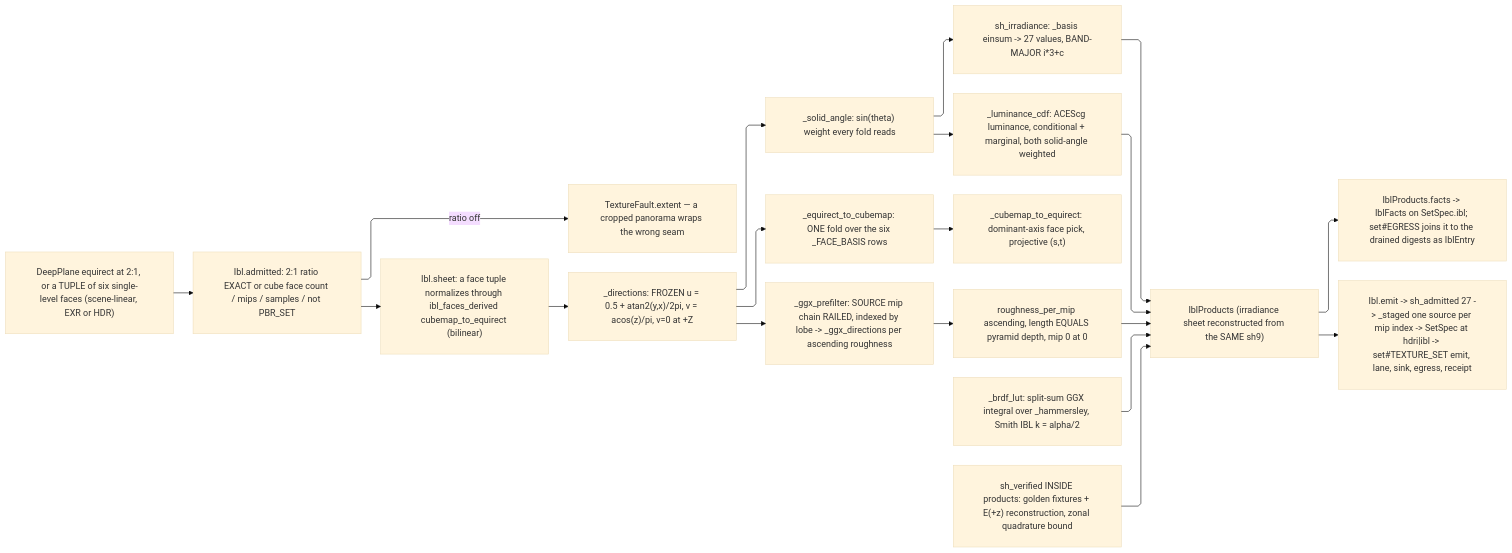
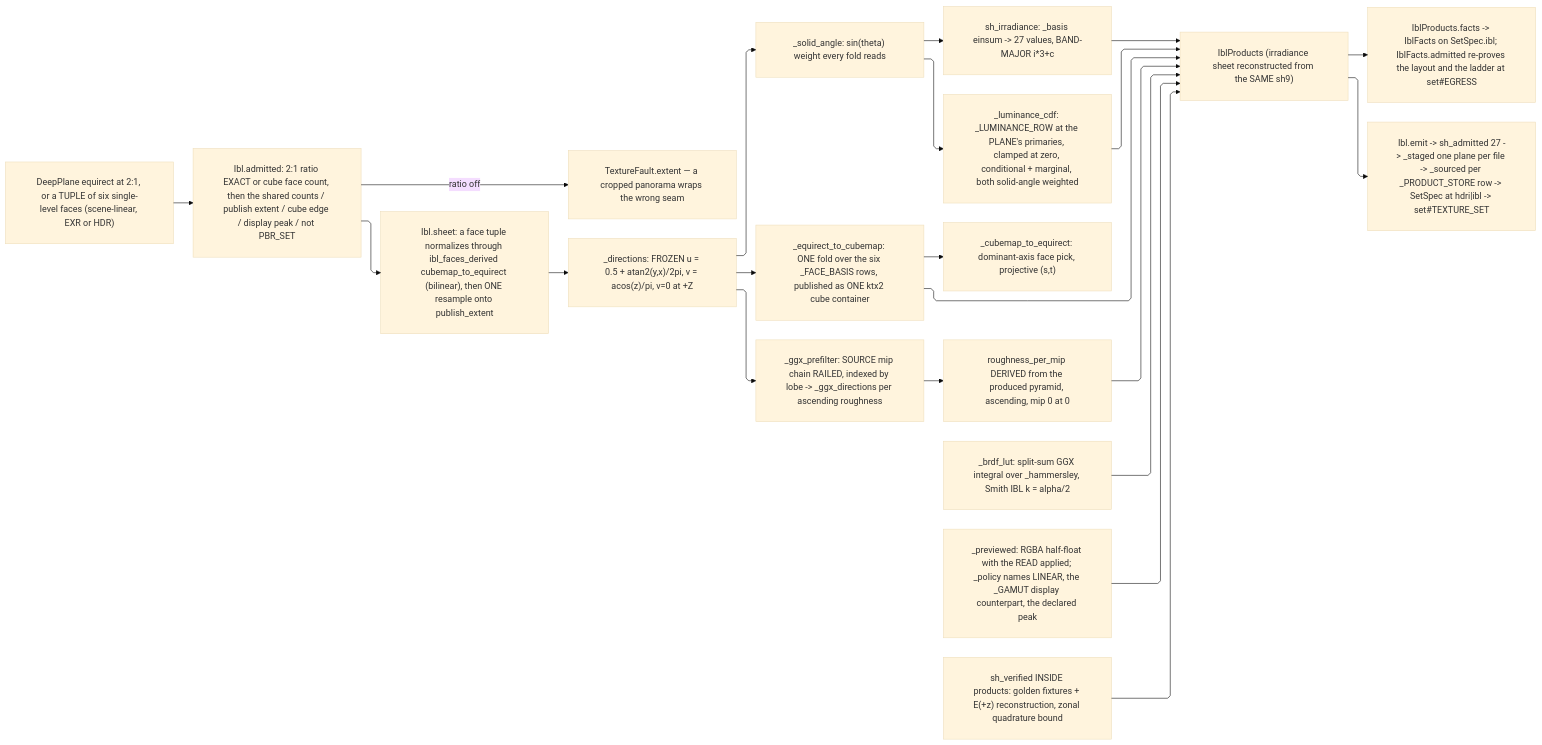
One commit to bsamiee/Rasm changed the diagram in libs/python/artifacts/.planning/graphic/texture/ibl.md. Above: the diagram before and after it, drawn with Mermaid (base theme). The commit also changed other lines of this file and 693 other files, not shown here.

````diff
--- a/libs/python/artifacts/.planning/graphic/texture/ibl.md
+++ b/libs/python/artifacts/.planning/graphic/texture/ibl.md
@@ -706,30 +920,32 @@
 ```mermaid
 ---
 config:
   layout: elk
   flowchart:
     curve: linear
     padding: 25
 ---
 flowchart LR
     accTitle: Image-based lighting flow
-    accDescr: A scene-linear equirect plane admitted at exact 2:1 ratio, mapped to directions under the frozen equirect law with solid-angle weights, folded into the SH9 irradiance bands, prefiltered into the GGX roughness pyramid beside the BRDF LUT and luminance CDF, and assembled into IblProducts.
-    Src["DeepPlane equirect at 2:1, or a TUPLE of six single-level faces (scene-linear, EXR or HDR)"] --> Adm["Ibl.admitted: 2:1 ratio EXACT or cube face count / mips / samples / not PBR_SET"]
-    Adm --> Sheet["Ibl.sheet: a face tuple normalizes through ibl_faces_derived cubemap_to_equirect (bilinear)"]
+    accDescr: A scene-linear equirect plane admitted at exact 2:1 ratio and resampled onto the declared publish grid, mapped to directions under the frozen equirect law with solid-angle weights, folded into the SH9 irradiance bands, prefiltered into the GGX roughness pyramid beside the BRDF LUT and the primaries-keyed luminance CDF, projected into the cube container and the gain-map preview, and assembled into IblProducts.
+    Src["DeepPlane equirect at 2:1, or a TUPLE of six single-level faces (scene-linear, EXR or HDR)"] --> Adm["Ibl.admitted: 2:1 ratio EXACT or cube face count, then the shared counts / publish extent / cube edge / display peak / not PBR_SET"]
+    Adm --> Sheet["Ibl.sheet: a face tuple normalizes through ibl_faces_derived cubemap_to_equirect (bilinear), then ONE resample onto publish_extent"]
     Adm -->|"ratio off"| F["TextureFault.extent — a cropped panorama wraps the wrong seam"]
     Sheet --> Dirs["_directions: FROZEN u = 0.5 + atan2(y,x)/2pi, v = acos(z)/pi, v=0 at +Z"]
     Dirs --> SA["_solid_angle: sin(theta) weight every fold reads"]
     SA --> SH["sh_irradiance: _basis einsum -> 27 values, BAND-MAJOR i*3+c"]
-    SA --> CDF["_luminance_cdf: ACEScg luminance, conditional + marginal, both solid-angle weighted"]
-    Dirs --> Cube["_equirect_to_cubemap: ONE fold over the six _FACE_BASIS rows"]
+    SA --> CDF["_luminance_cdf: _LUMINANCE_ROW at the PLANE's primaries, clamped at zero, conditional + marginal, both solid-angle weighted"]
+    Dirs --> Cube["_equirect_to_cubemap: ONE fold over the six _FACE_BASIS rows, published as ONE ktx2 cube container"]
     Cube --> Inv["_cubemap_to_equirect: dominant-axis face pick, projective (s,t)"]
     Dirs --> Pre["_ggx_prefilter: SOURCE mip chain RAILED, indexed by lobe -> _ggx_directions per ascending roughness"]
-    Pre --> Lad["roughness_per_mip ascending, length EQUALS pyramid depth, mip 0 at 0"]
+    Pre --> Lad["roughness_per_mip DERIVED from the produced pyramid, ascending, mip 0 at 0"]
     BRDF["_brdf_lut: split-sum GGX integral over _hammersley, Smith IBL k = alpha/2"] --> Prod
     SH --> Prod["IblProducts (irradiance sheet reconstructed from the SAME sh9)"]
     CDF --> Prod
     Lad --> Prod
+    Cube --> Prod
+    Pv["_previewed: RGBA half-float with the READ applied; _policy names LINEAR, the _GAMUT display counterpart, the declared peak"] --> Prod
     Gold["sh_verified INSIDE products: golden fixtures + E(+z) reconstruction, zonal quadrature bound"] --> Prod
-    Prod --> Entry["IblProducts.facts -> IblFacts on SetSpec.ibl; set#EGRESS joins it to the drained digests as IblEntry"]
-    Prod --> Emit["Ibl.emit -> sh_admitted 27 -> _staged one source per mip index -> SetSpec at hdri|ibl -> set#TEXTURE_SET emit, lane, sink, egress, receipt"]
+    Prod --> Entry["IblProducts.facts -> IblFacts on SetSpec.ibl; IblFacts.admitted re-proves the layout and the ladder at set#EGRESS"]
+    Prod --> Emit["Ibl.emit -> sh_admitted 27 -> _staged one plane per file -> _sourced per _PRODUCT_STORE row -> SetSpec at hdri|ibl -> set#TEXTURE_SET"]
 ```
````
